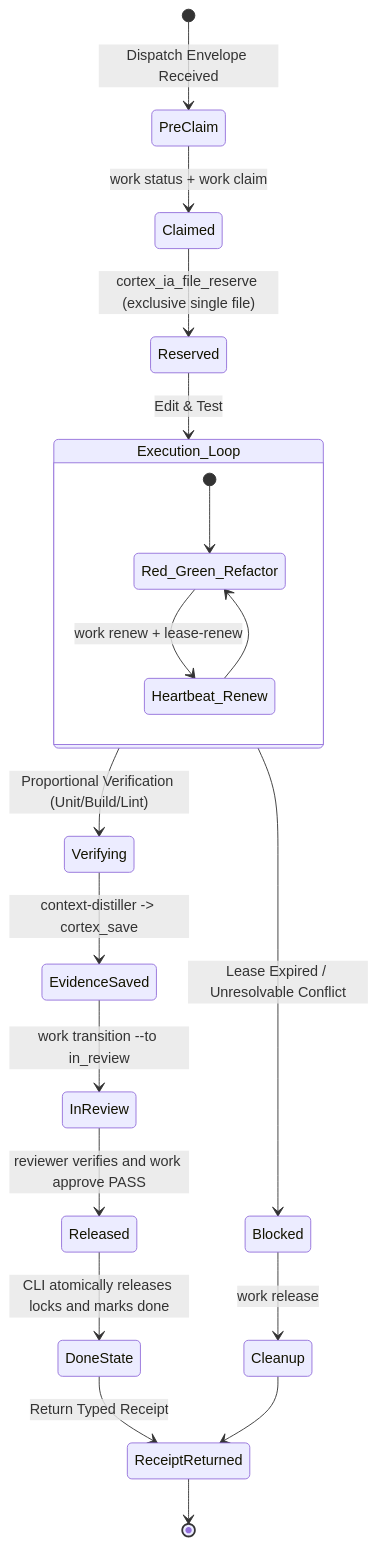
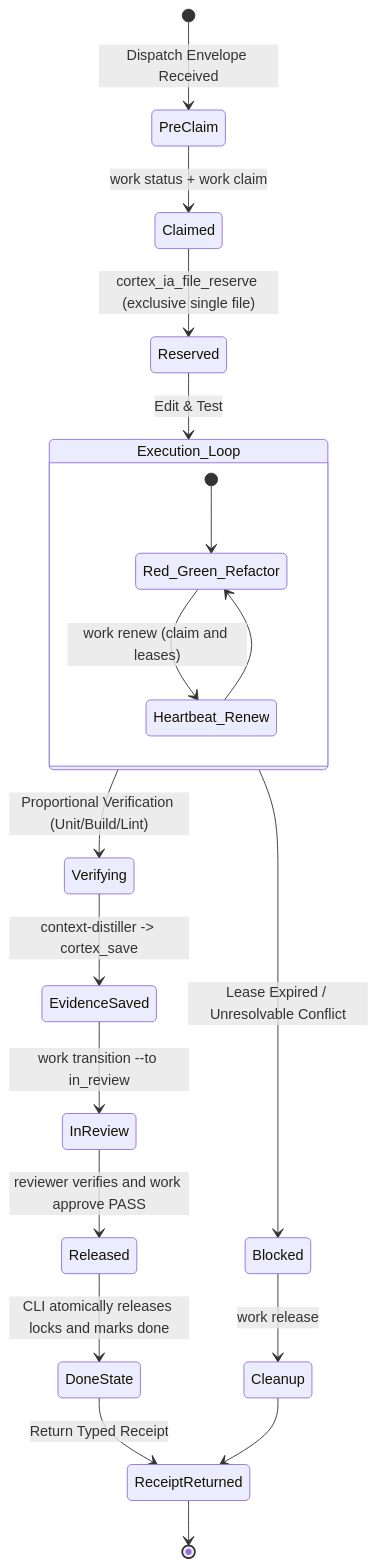
The third of 4 diagrams in internal/assets/skills/opencode2-knowledge/SKILL.md (lleontor705/cortex-ia), drawn with Mermaid before and after one commit. The commit also changed 77 other files, not shown here.

````diff
--- a/internal/assets/skills/opencode2-knowledge/SKILL.md
+++ b/internal/assets/skills/opencode2-knowledge/SKILL.md
@@ -179,25 +179,25 @@
 ```mermaid
 stateDiagram-v2
     [*] --> PreClaim: Dispatch Envelope Received
     PreClaim --> Claimed: work status + work claim
     Claimed --> Reserved: cortex_ia_file_reserve (exclusive single file)
     
     state Execution_Loop {
         [*] --> Red_Green_Refactor
-        Red_Green_Refactor --> Heartbeat_Renew: work renew + lease-renew
+        Red_Green_Refactor --> Heartbeat_Renew: work renew (claim and leases)
         Heartbeat_Renew --> Red_Green_Refactor
     }
     
     Reserved --> Execution_Loop: Edit & Test
     Execution_Loop --> Verifying: Proportional Verification (Unit/Build/Lint)
     Verifying --> EvidenceSaved: context-distiller -> cortex_save
     EvidenceSaved --> InReview: work transition --to in_review
     InReview --> Released: reviewer verifies and work approve PASS
     Released --> DoneState: CLI atomically releases locks and marks done
     DoneState --> ReceiptReturned: Return Typed Receipt
     ReceiptReturned --> [*]
 
     Execution_Loop --> Blocked: Lease Expired / Unresolvable Conflict
     Blocked --> Cleanup: work release
     Cleanup --> ReceiptReturned
 ```
````
